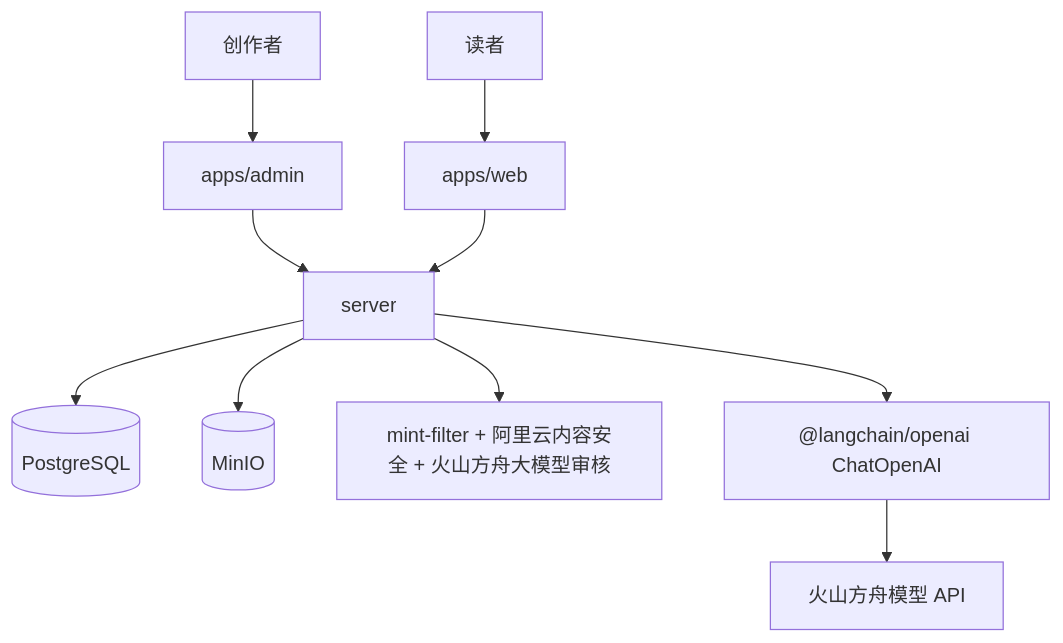
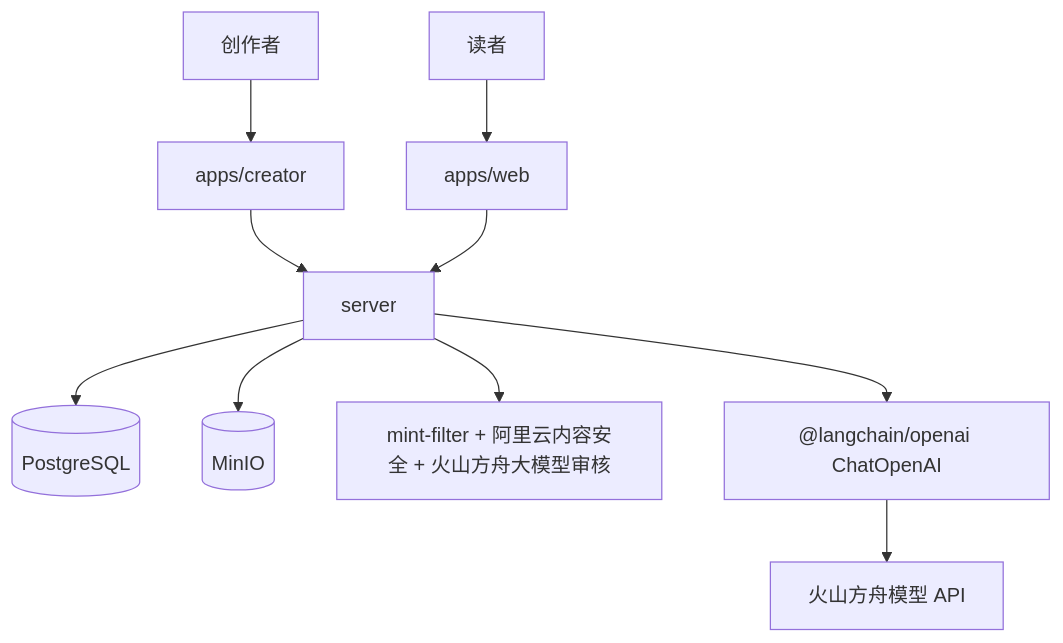
Before and after one commit to 8023time/xingliu: the first of 2 diagrams in docs/03-架构-总体架构.md, drawn with Mermaid. The commit also changed other lines of this file and 106 other files, not shown here.

````diff
--- a/docs/03-架构-总体架构.md
+++ b/docs/03-架构-总体架构.md
@@ -19,12 +19,12 @@
 ```mermaid
 flowchart TB
-  Creator[创作者] --> Admin[apps/admin]
+  Creator[创作者] --> CreatorApp[apps/creator]
   Reader[读者] --> Web[apps/web]
-  Admin --> API[server]
+  CreatorApp --> API[server]
   Web --> API
   API --> DB[(PostgreSQL)]
   API --> OSS[(MinIO)]
   API --> Moderation[mint-filter + 阿里云内容安全 + 火山方舟大模型审核]
   API --> Model["@langchain/openai ChatOpenAI"]
   Model --> Ark[火山方舟模型 API]
 ```
````
